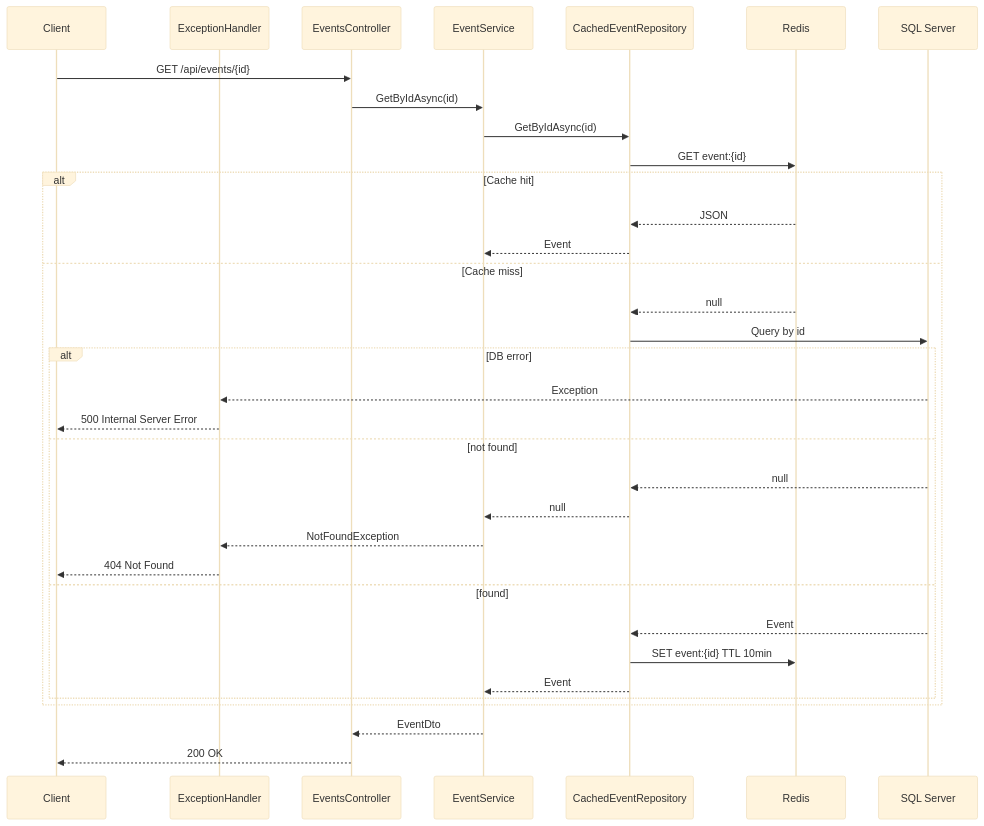
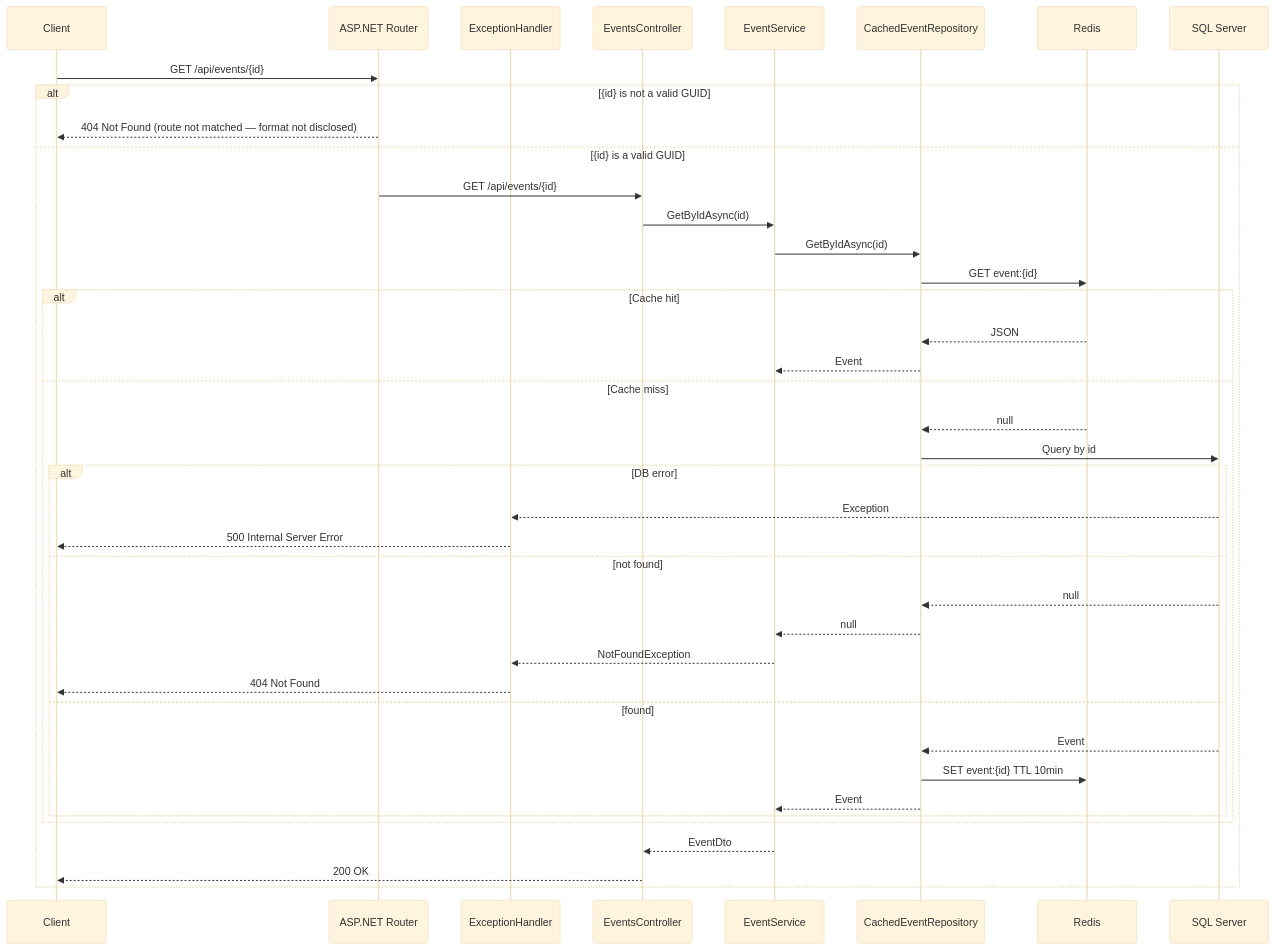
Before and after one commit to LaurentCondoure/EventManager: the diagram in documents/Technical/flows/GET-event.md, drawn with Mermaid (base theme). The commit also changed 2 other files, not shown here.

Commit message:
docs: add ASP.NET router to request sequences diagrams

````diff
--- a/documents/Technical/flows/GET-event.md
+++ b/documents/Technical/flows/GET-event.md
@@ -1,37 +1,43 @@
 ```mermaid
 sequenceDiagram
     participant Client
+    participant Router as ASP.NET Router
     participant EH as ExceptionHandler
     participant API as EventsController
     participant Service as EventService
     participant Cache as CachedEventRepository
     participant Redis
     participant DB as SQL Server
 
-    Client->>API: GET /api/events/{id}
-    API->>Service: GetByIdAsync(id)
-    Service->>Cache: GetByIdAsync(id)
-    Cache->>Redis: GET event:{id}
-    alt Cache hit
-        Redis-->>Cache: JSON
-        Cache-->>Service: Event
-    else Cache miss
-        Redis-->>Cache: null
-        Cache->>DB: Query by id
-        alt DB error
-            DB-->>EH: Exception
-            EH-->>Client: 500 Internal Server Error
-        else not found
-            DB-->>Cache: null
-            Cache-->>Service: null
-            Service-->>EH: NotFoundException
-            EH-->>Client: 404 Not Found
-        else found
-            DB-->>Cache: Event
-            Cache->>Redis: SET event:{id} TTL 10min
+    Client->>Router: GET /api/events/{id}
+    alt {id} is not a valid GUID
+        Router-->>Client: 404 Not Found (route not matched — format not disclosed)
+    else {id} is a valid GUID
+        Router->>API: GET /api/events/{id}
+        API->>Service: GetByIdAsync(id)
+        Service->>Cache: GetByIdAsync(id)
+        Cache->>Redis: GET event:{id}
+        alt Cache hit
+            Redis-->>Cache: JSON
             Cache-->>Service: Event
+        else Cache miss
+            Redis-->>Cache: null
+            Cache->>DB: Query by id
+            alt DB error
+                DB-->>EH: Exception
+                EH-->>Client: 500 Internal Server Error
+            else not found
+                DB-->>Cache: null
+                Cache-->>Service: null
+                Service-->>EH: NotFoundException
+                EH-->>Client: 404 Not Found
+            else found
+                DB-->>Cache: Event
+                Cache->>Redis: SET event:{id} TTL 10min
+                Cache-->>Service: Event
+            end
         end
+        Service-->>API: EventDto
+        API-->>Client: 200 OK
     end
-    Service-->>API: EventDto
-    API-->>Client: 200 OK
 ```
````
